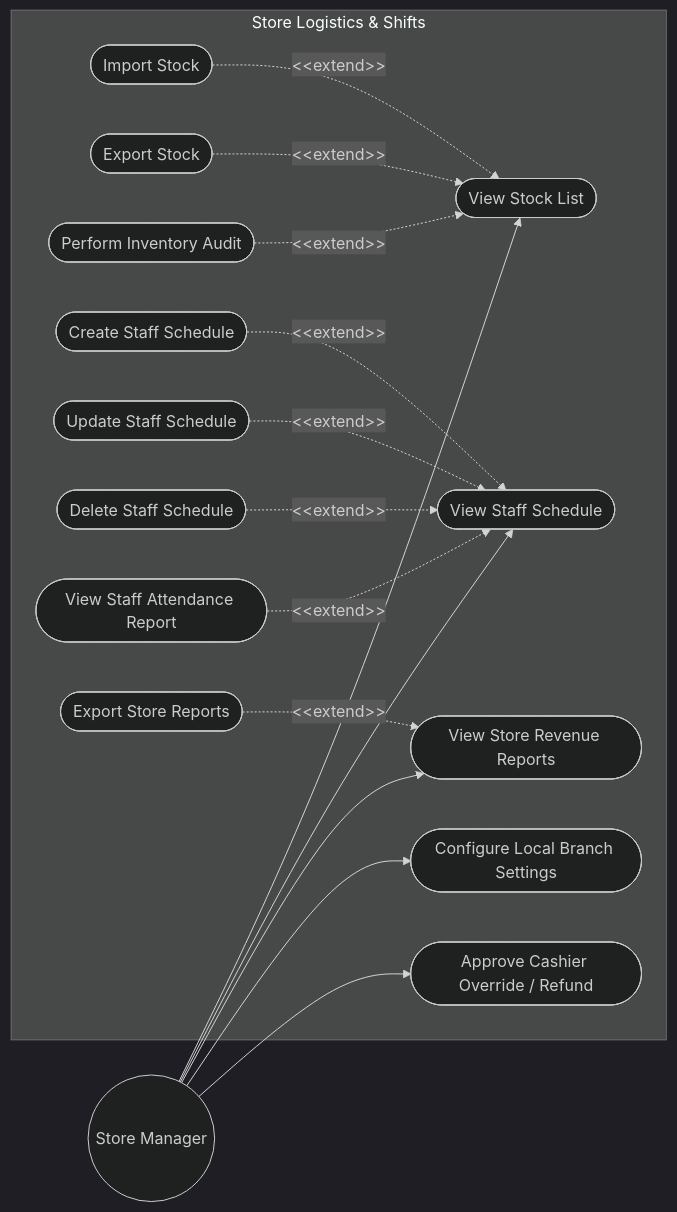
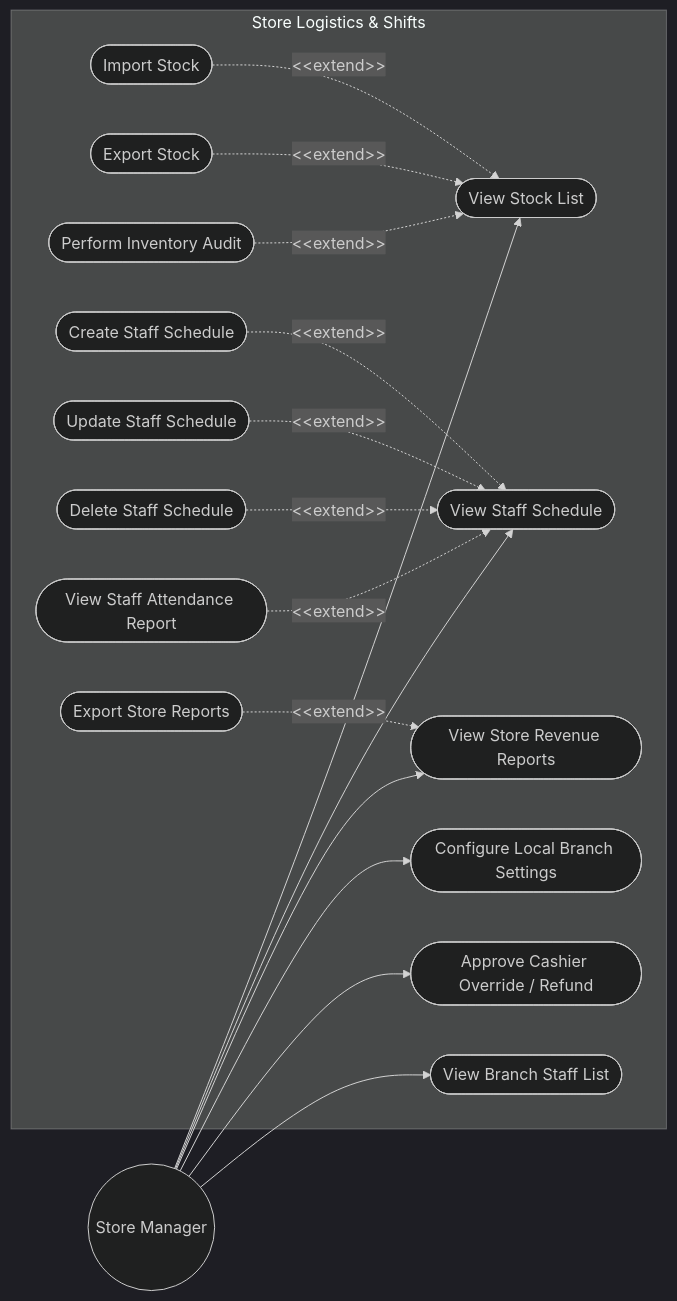
Before and after one commit to Shaichi/Khoga_coffe_shop: the fourth of 6 diagrams in sections/02_user_requirements.md, drawn with Mermaid (dark theme). The commit also changed other lines of this file and 56 other files, not shown here.

Commit message:
feat: integrate cashier/barista profile flow, simplify shopeefood queue card, and remove receipt logo

````diff
--- a/sections/02_user_requirements.md
+++ b/sections/02_user_requirements.md
@@ -168,46 +168,48 @@
 ```mermaid
 graph LR
     %% Actors
     Actor_Manager((Store Manager))
 
     %% Use Cases
     subgraph Store Logistics & Shifts
         UC_ListStock([View Stock List])
         UC_ImportStock([Import Stock])
         UC_ExportStock([Export Stock])
         UC_AuditStock([Perform Inventory Audit])
 
         UC_ViewSchedule([View Staff Schedule])
         UC_CreateSchedule([Create Staff Schedule])
         UC_UpdateSchedule([Update Staff Schedule])
         UC_DeleteSchedule([Delete Staff Schedule])
         UC_ViewAttendance([View Staff Attendance Report])
 
         UC_ViewRevStore([View Store Revenue Reports])
         UC_ExportStoreRev([Export Store Reports])
         
         UC_ConfigBranch([Configure Local Branch Settings])
         UC_ApproveOverride([Approve Cashier Override / Refund])
+        UC_ViewStaffList([View Branch Staff List])
     end
 
     %% Connections
     Actor_Manager --> UC_ListStock
     Actor_Manager --> UC_ViewSchedule
     Actor_Manager --> UC_ViewRevStore
     Actor_Manager --> UC_ConfigBranch
     Actor_Manager --> UC_ApproveOverride
+    Actor_Manager --> UC_ViewStaffList
 
     %% Stock extends
     UC_ImportStock -.-> |"&lt;&lt;extend&gt;&gt;"| UC_ListStock
     UC_ExportStock -.-> |"&lt;&lt;extend&gt;&gt;"| UC_ListStock
     UC_AuditStock -.-> |"&lt;&lt;extend&gt;&gt;"| UC_ListStock
 
     %% Schedule extends
     UC_CreateSchedule -.-> |"&lt;&lt;extend&gt;&gt;"| UC_ViewSchedule
     UC_UpdateSchedule -.-> |"&lt;&lt;extend&gt;&gt;"| UC_ViewSchedule
     UC_DeleteSchedule -.-> |"&lt;&lt;extend&gt;&gt;"| UC_ViewSchedule
     UC_ViewAttendance -.-> |"&lt;&lt;extend&gt;&gt;"| UC_ViewSchedule
 
     %% Revenue extends
     UC_ExportStoreRev -.-> |"&lt;&lt;extend&gt;&gt;"| UC_ViewRevStore
 ```
````
